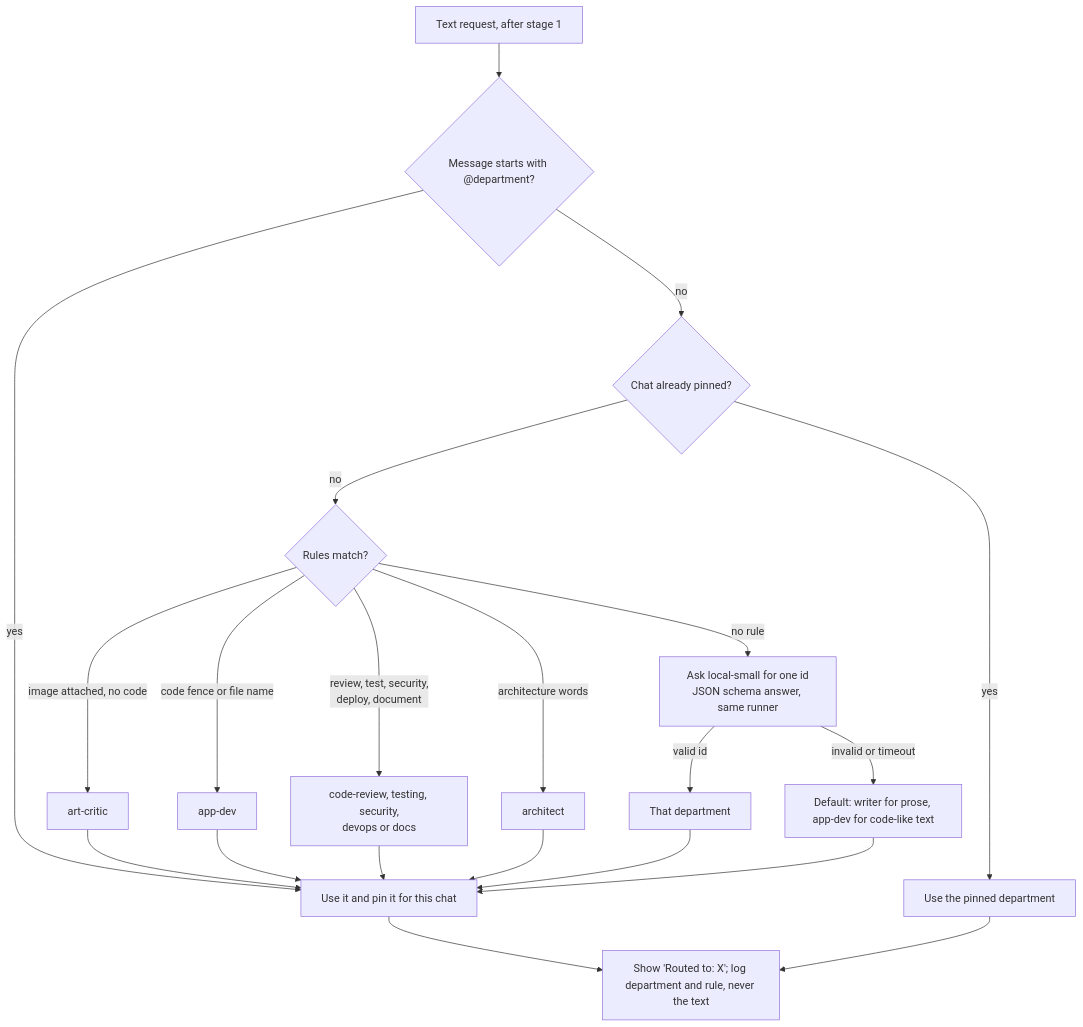
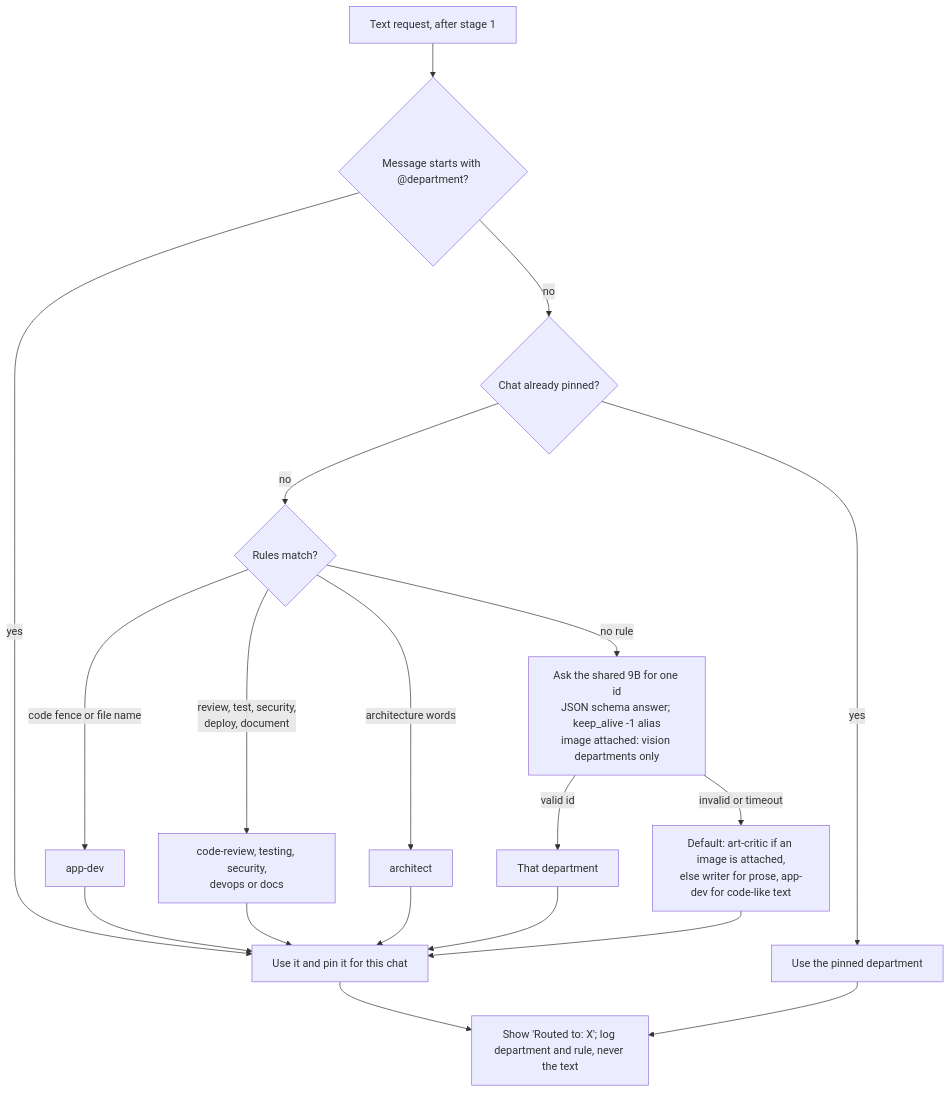
The third of 7 diagrams in docs/knowledge/routing-across-models-and-media.md (techtana/personal-agent-stack), drawn with Mermaid before and after one commit. The commit also changed other lines of this file and 7 other files, not shown here.

````diff
--- a/docs/knowledge/routing-across-models-and-media.md
+++ b/docs/knowledge/routing-across-models-and-media.md
@@ -103,23 +103,21 @@
 ```mermaid
 flowchart TD
   A[Text request, after stage 1] --> B{"Message starts with @department?"}
   B -->|yes| PIN[Use it and pin it for this chat]
   B -->|no| C{Chat already pinned?}
   C -->|yes| USE[Use the pinned department]
   C -->|no| D{Rules match?}
-  D -->|"image attached, no code"| AC[art-critic]
   D -->|"code fence or file name"| AD[app-dev]
   D -->|"review, test, security,<br/>deploy, document"| DEP["code-review, testing, security,<br/>devops or docs"]
   D -->|"architecture words"| AR[architect]
-  D -->|no rule| E["Ask local-small for one id<br/>JSON schema answer, same runner"]
+  D -->|no rule| E["Ask the shared 9B for one id<br/>JSON schema answer; keep_alive -1 alias<br/>image attached: vision departments only"]
   E -->|"valid id"| F[That department]
-  E -->|"invalid or timeout"| G[Default: writer for prose, app-dev for code-like text]
-  AC --> PIN
+  E -->|"invalid or timeout"| G["Default: art-critic if an image is attached,<br/>else writer for prose, app-dev for code-like text"]
   AD --> PIN
   DEP --> PIN
   AR --> PIN
   F --> PIN
   G --> PIN
   PIN --> S["Show 'Routed to: X'; log department and rule, never the text"]
   USE --> S
 ```
````
